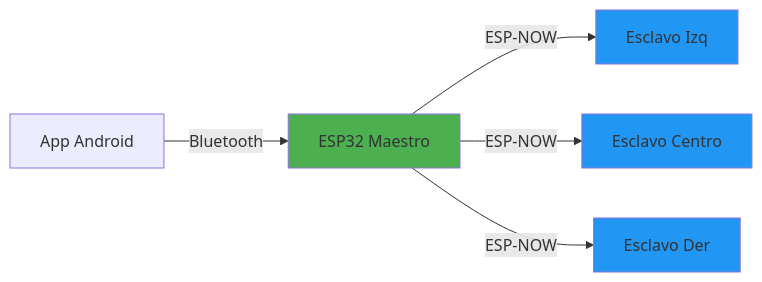
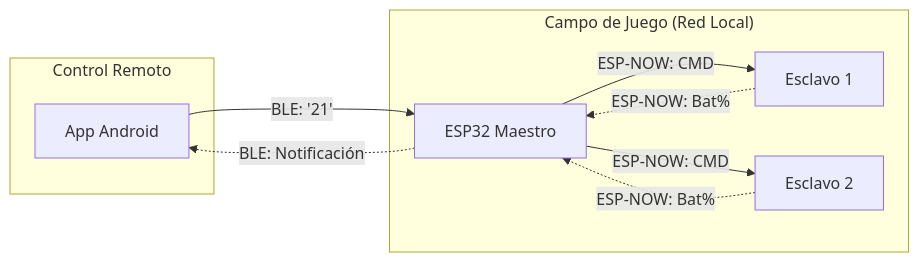
The diagram in content/docs/firmware/communication.mdx (DamianRoc13/docs-gitaf), drawn with Mermaid before and after one commit. The commit also changed other lines of this file and 7 other files, not shown here.

````diff
--- a/content/docs/firmware/communication.mdx
+++ b/content/docs/firmware/communication.mdx
@@ -35,12 +32,21 @@
 ```mermaid
 graph LR
-    A[App Android] -->|Bluetooth| M[ESP32 Maestro]
-    M -->|ESP-NOW| E1[Esclavo Izq]
-    M -->|ESP-NOW| E2[Esclavo Centro]
-    M -->|ESP-NOW| E3[Esclavo Der]
+    subgraph "Control Remoto"
+    App[App Android]
+    end
+
+    subgraph "Campo de Juego (Red Local)"
+    Master[ESP32 Maestro]
+    Slave1[Esclavo 1]
+    Slave2[Esclavo 2]
+    end
+
+    App -->|BLE: '21'| Master
+    Master -->|ESP-NOW: CMD| Slave1
+    Master -->|ESP-NOW: CMD| Slave2
     
-    style M fill:#4CAF50
-    style E1 fill:#2196F3
-    style E2 fill:#2196F3
-    style E3 fill:#2196F3
+    Slave1 -.->|ESP-NOW: Bat%| Master
+    Slave2 -.->|ESP-NOW: Bat%| Master
+    Master -.->|BLE: Notificación| App
+
 ```
````
